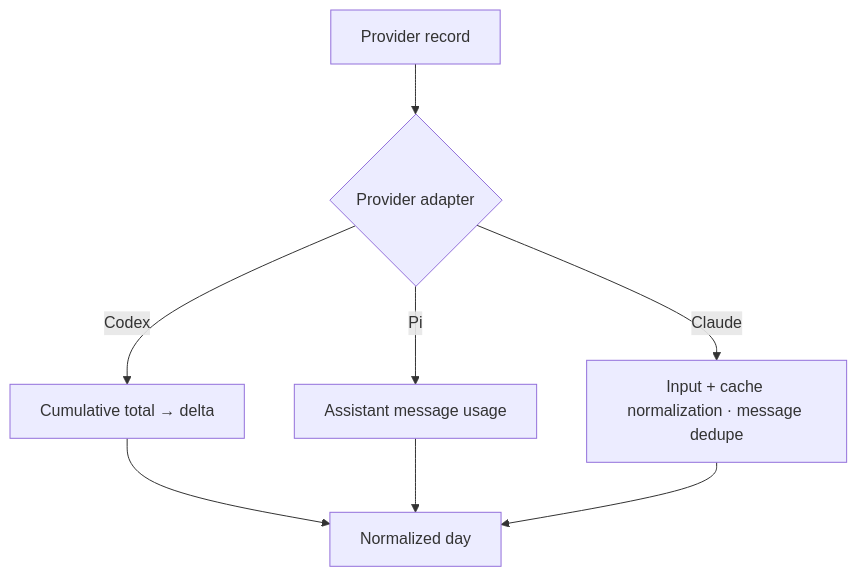
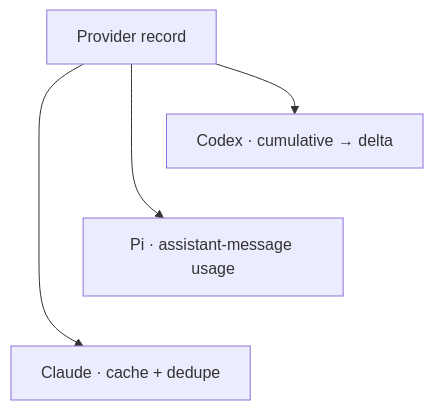
One commit to ErickCReis/ErickCReis changed the second of 3 diagrams in web/content/blog/agent-token-usage-as-a-first-class-stat.mdx. Above: the diagram before and after it, drawn with Mermaid. The commit also changed other lines of this file and 21 other files, not shown here.

First line of the commit message:
Improve Mermaid diagram readability across blog posts

````diff
--- a/web/content/blog/agent-token-usage-as-a-first-class-stat.mdx
+++ b/web/content/blog/agent-token-usage-as-a-first-class-stat.mdx
@@ -54,10 +55,7 @@
 ```mermaid center
 flowchart TB
-  Raw["Provider record"] --> Adapter{"Provider adapter"}
-  Adapter -->|Codex| Delta["Cumulative total → delta"]
-  Adapter -->|Pi| Message["Assistant message usage"]
-  Adapter -->|Claude| Cache["Input + cache normalization · message dedupe"]
-  Delta --> Day["Normalized day"]
-  Message --> Day
-  Cache --> Day
+  Record["Provider record"] --> Codex["Codex · cumulative → delta"]
+  Record --> Pi["Pi · assistant-message usage"]
+  Record --> Claude["Claude · cache + dedupe"]
+  Codex ~~~ Pi ~~~ Claude
 ```
````
